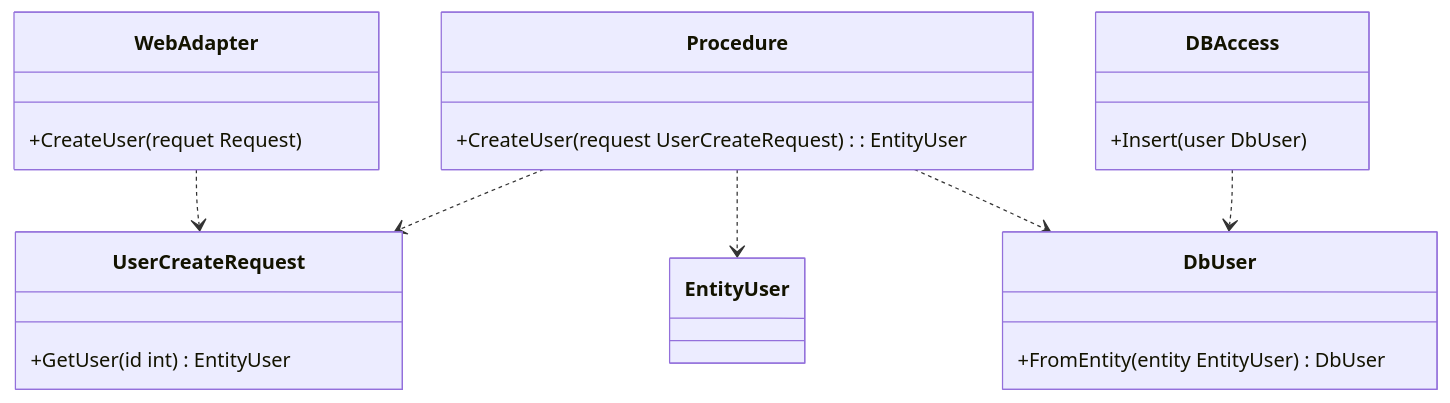
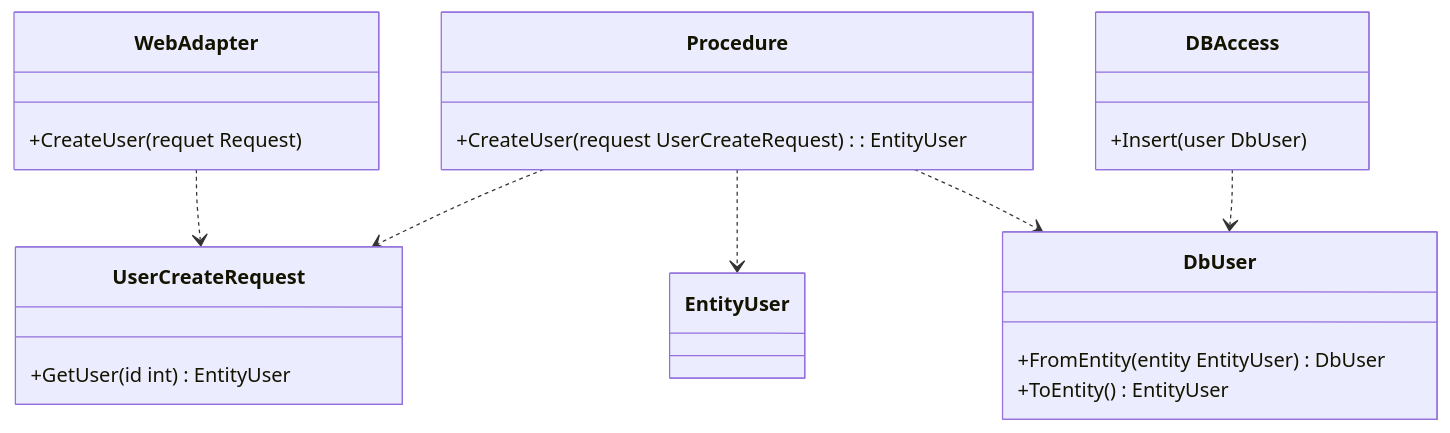
The third of 3 diagrams in articles/extend_data_transfer_object.md (motojouya/zenn), drawn with Mermaid before and after one commit. The commit also changed other lines of this file, not shown here.

````diff
--- a/articles/extend_data_transfer_object.md
+++ b/articles/extend_data_transfer_object.md
@@ -507,26 +512,27 @@
 ```mermaid
 classDiagram
     class Procedure{
         +CreateUser(request UserCreateRequest): EntityUser
     }
     class DBAccess{
         +Insert(user DbUser)
     }
     class WebAdapter{
         +CreateUser(requet Request)
     }
 
     class EntityUser
     class DbUser{
         +FromEntity(entity EntityUser) DbUser
+        +ToEntity() EntityUser
     }
     class UserCreateRequest{
         +GetUser(id int) EntityUser
     }
 
     Procedure ..> UserCreateRequest
     Procedure ..> EntityUser
     Procedure ..> DbUser
     WebAdapter ..> UserCreateRequest
     DBAccess ..> DbUser
 ```
````
